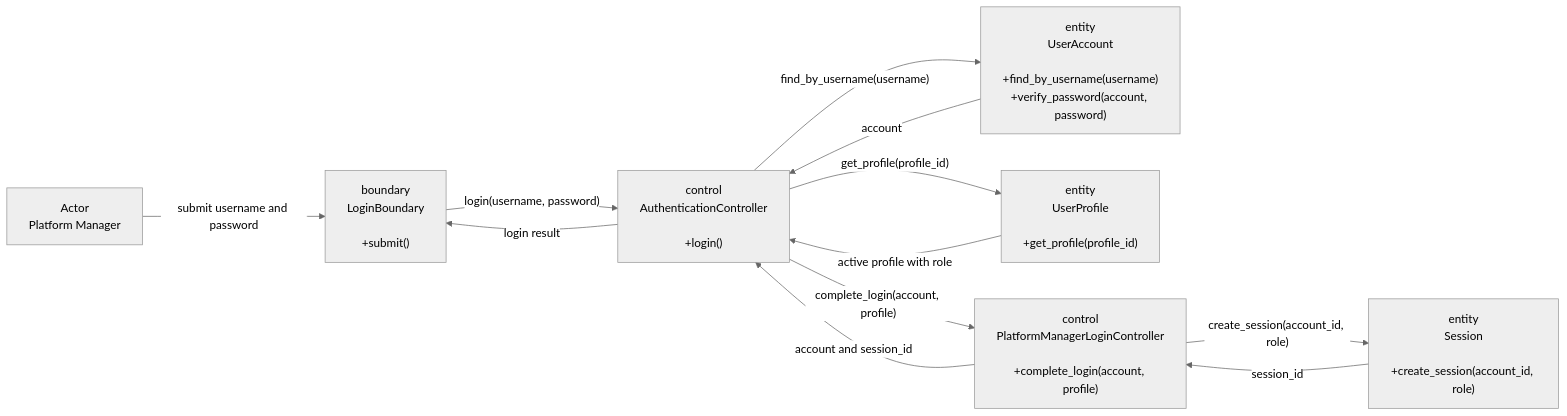
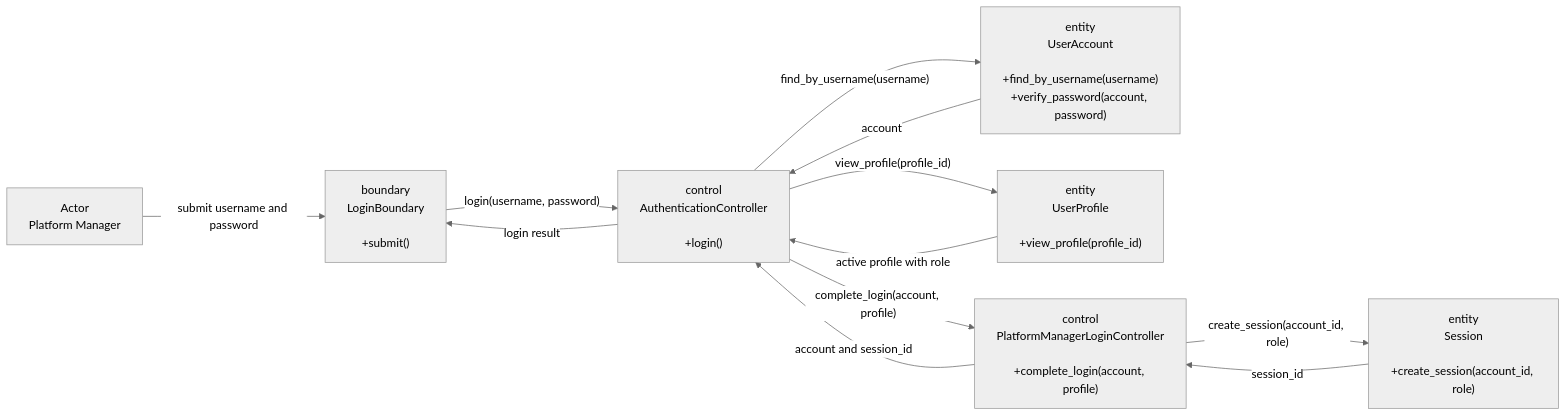
The diagram in diagrams/US47_Platform_Manager_Login/BCE.mmd (boyinapuddle/CSIT314-Chinese), drawn with Mermaid (neutral theme) before and after one commit. The commit also changed 140 other files, not shown here.

```diff
--- a/diagrams/US47_Platform_Manager_Login/BCE.mmd
+++ b/diagrams/US47_Platform_Manager_Login/BCE.mmd
@@ -1,19 +1,19 @@
 flowchart LR
     N0["Actor<br/>Platform Manager"]
     N1["boundary<br/>LoginBoundary<br/><br/>+submit()"]
     N2["control<br/>AuthenticationController<br/><br/>+login()"]
     N3["entity<br/>UserAccount<br/><br/>+find_by_username(username)<br/>+verify_password(account, password)"]
-    N4["entity<br/>UserProfile<br/><br/>+get_profile(profile_id)"]
+    N4["entity<br/>UserProfile<br/><br/>+view_profile(profile_id)"]
     N5["control<br/>PlatformManagerLoginController<br/><br/>+complete_login(account, profile)"]
     N6["entity<br/>Session<br/><br/>+create_session(account_id, role)"]
     N0 -->|"submit username and password"| N1
     N1 -->|"login(username, password)"| N2
     N2 -->|"find_by_username(username)"| N3
     N3 -->|"account"| N2
-    N2 -->|"get_profile(profile_id)"| N4
+    N2 -->|"view_profile(profile_id)"| N4
     N4 -->|"active profile with role"| N2
     N2 -->|"complete_login(account, profile)"| N5
     N5 -->|"create_session(account_id, role)"| N6
     N6 -->|"session_id"| N5
     N5 -->|"account and session_id"| N2
     N2 -->|"login result"| N1
```
